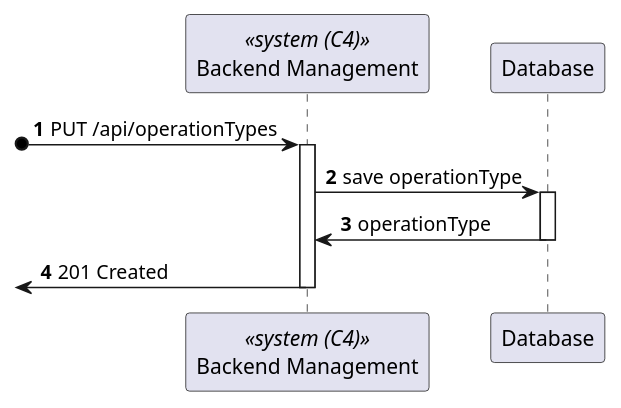
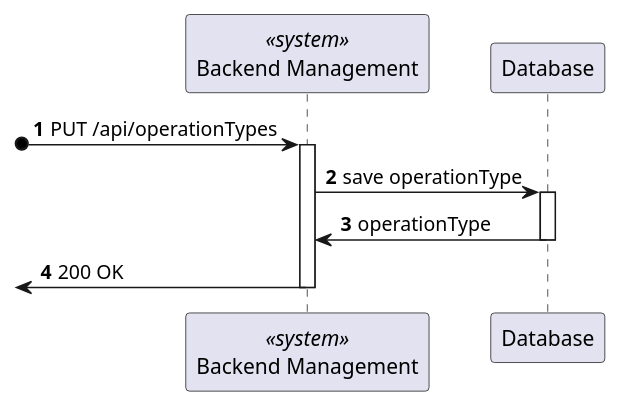
Before and after one commit to Lapr5G21/sem5pi-24-25-3ddg21: the diagram in docs/OperationTypeEdit/views/level3/process-view1.puml, drawn with PlantUML. The commit also changed 8 other files, not shown here.

```diff
--- a/docs/OperationTypeEdit/views/level3/process-view1.puml
+++ b/docs/OperationTypeEdit/views/level3/process-view1.puml
@@ -1,22 +1,22 @@
 @startuml
 
 autonumber
-participant BE as "Backend Management" <<system (C4)>>
+participant BE as "Backend Management" <<system>>
 participant DB as "Database"
 
 ?o-> BE : PUT /api/operationTypes
 activate BE
 
 BE -> DB : save operationType
 
 activate DB 
 
 DB -> BE : operationType 
 
 deactivate DB 
 
-<- BE : 201 Created
+<- BE : 200 OK
 
 deactivate BE
 
 @enduml
```
